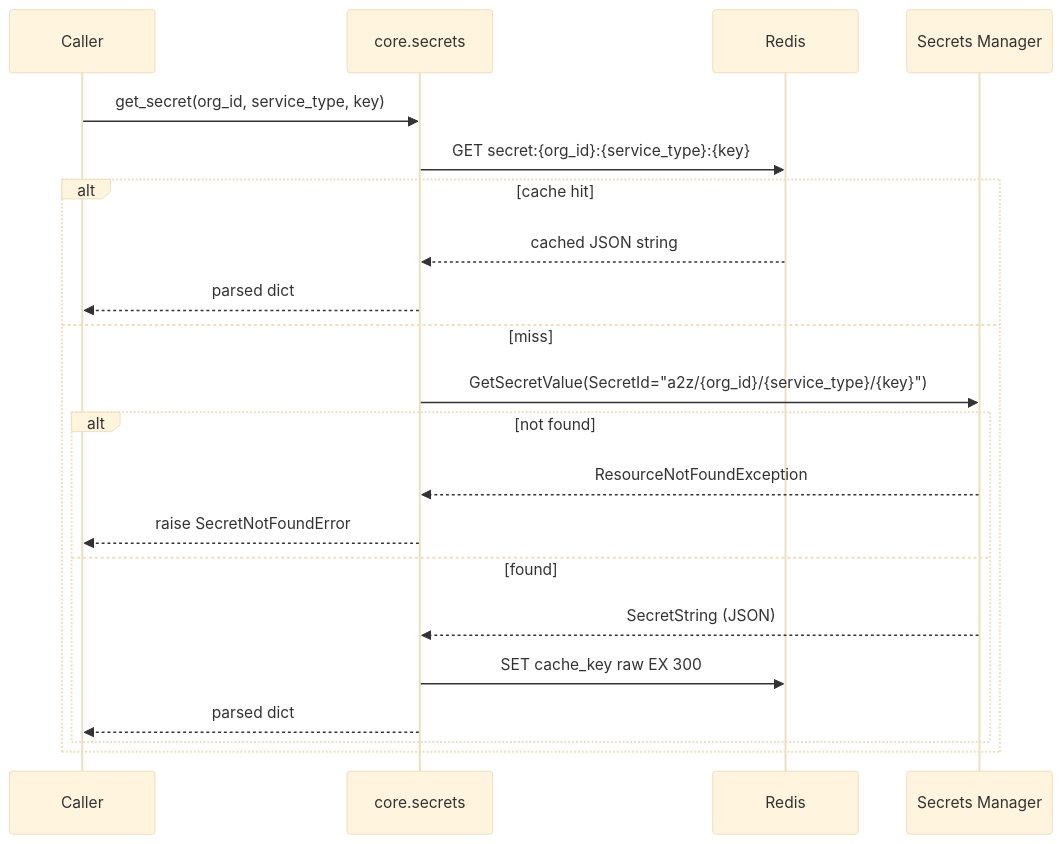
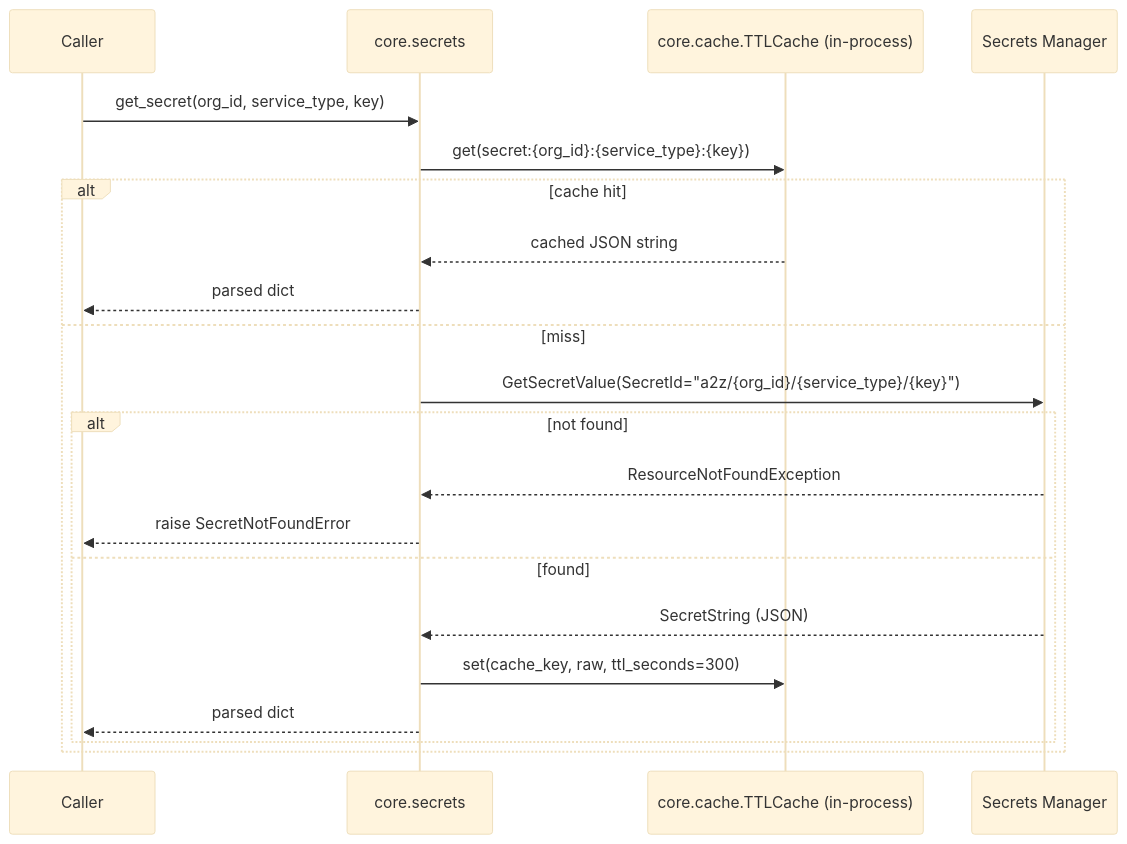
The diagram in docs/core/secrets.md (RafaelOjeda/A2Z-Core), drawn with Mermaid (base theme) before and after one commit. The commit also changed other lines of this file and 32 other files, not shown here.

````diff
--- a/docs/core/secrets.md
+++ b/docs/core/secrets.md
@@ -18,24 +20,24 @@
 ```mermaid
 sequenceDiagram
     participant Caller
     participant Secrets as core.secrets
-    participant Redis
+    participant Cache as core.cache.TTLCache (in-process)
     participant SM as Secrets Manager
 
     Caller->>Secrets: get_secret(org_id, service_type, key)
-    Secrets->>Redis: GET secret:{org_id}:{service_type}:{key}
+    Secrets->>Cache: get(secret:{org_id}:{service_type}:{key})
     alt cache hit
-        Redis-->>Secrets: cached JSON string
+        Cache-->>Secrets: cached JSON string
         Secrets-->>Caller: parsed dict
     else miss
         Secrets->>SM: GetSecretValue(SecretId="a2z/{org_id}/{service_type}/{key}")
         alt not found
             SM-->>Secrets: ResourceNotFoundException
             Secrets-->>Caller: raise SecretNotFoundError
         else found
             SM-->>Secrets: SecretString (JSON)
-            Secrets->>Redis: SET cache_key raw EX 300
+            Secrets->>Cache: set(cache_key, raw, ttl_seconds=300)
             Secrets-->>Caller: parsed dict
         end
     end
 ```
````
